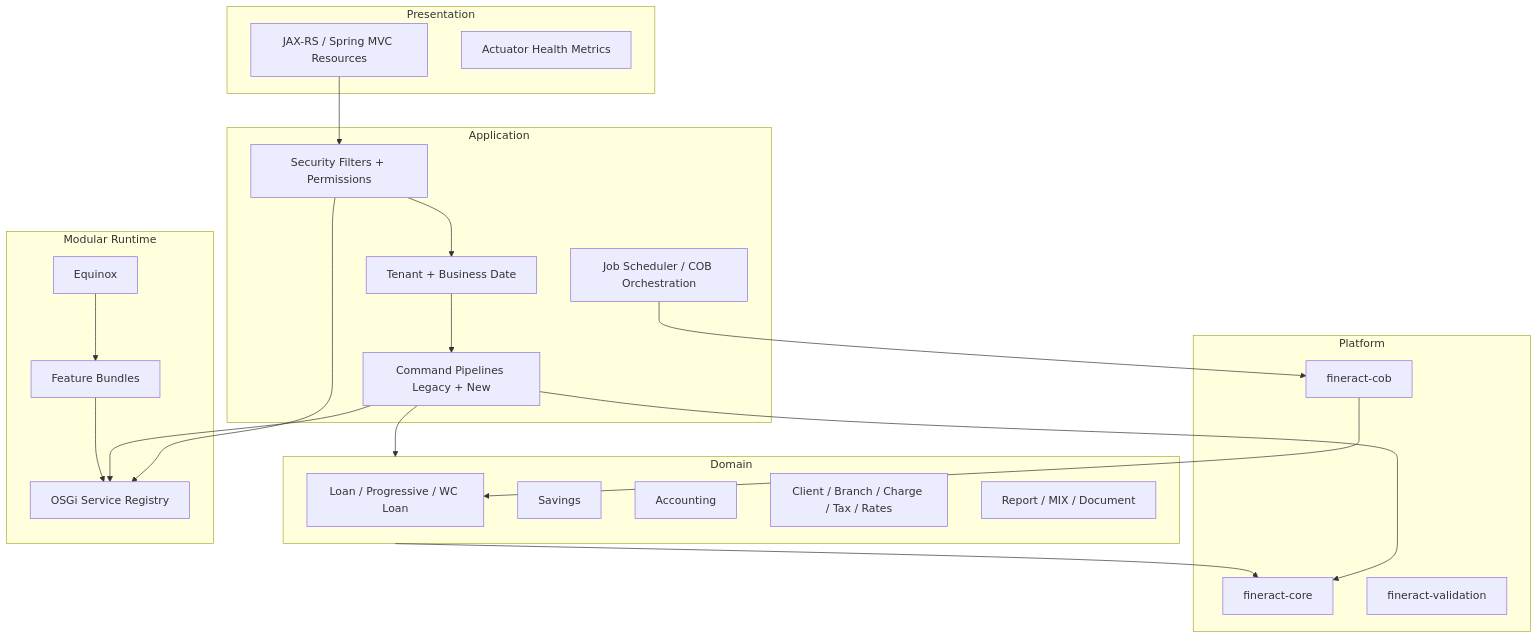
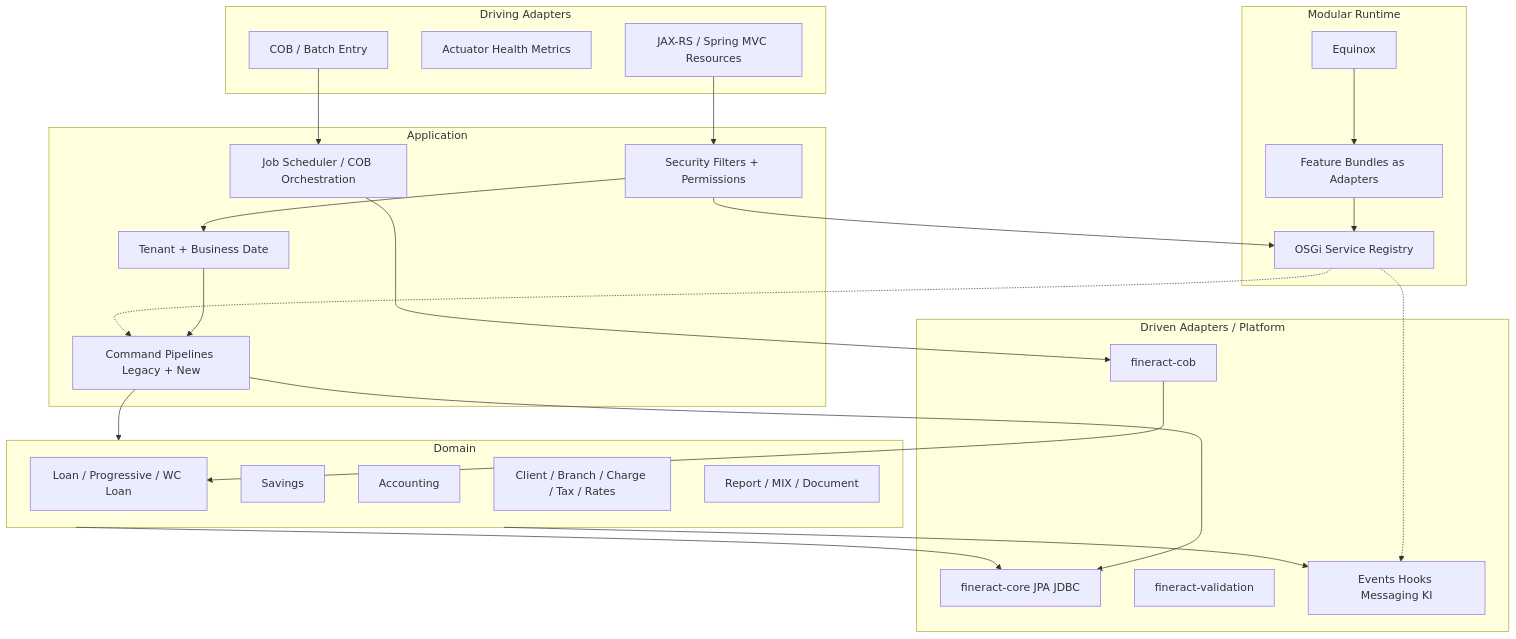
One commit to RainerMaxWallscheid/fineract-osgi changed the second of 7 diagrams in docs/arc42/03_building_block_view.md. Above: the diagram before and after it, drawn with Mermaid. The commit also changed other lines of this file and 9 other files, not shown here.

First line of the commit message:
docs(arc42): introduce hexagonal architecture (ADR-017)

````diff
--- a/docs/arc42/03_building_block_view.md
+++ b/docs/arc42/03_building_block_view.md
@@ -64,43 +66,49 @@
 ```mermaid
 flowchart TB
-    subgraph Presentation
+    subgraph Driving["Driving Adapters"]
       REST[JAX-RS / Spring MVC Resources]
       ACT[Actuator Health Metrics]
+      JOBDRV[COB / Batch Entry]
     end
 
     subgraph Application
       SEC[Security Filters + Permissions]
       TEN[Tenant + Business Date]
       CMD[Command Pipelines Legacy + New]
       JOB[Job Scheduler / COB Orchestration]
     end
 
     subgraph Domain
       LOAN[Loan / Progressive / WC Loan]
       SAV[Savings]
       ACC[Accounting]
       CLI[Client / Branch / Charge / Tax / Rates]
       REP[Report / MIX / Document]
     end
 
-    subgraph Platform
-      CORE[fineract-core]
+    subgraph Driven["Driven Adapters / Platform"]
+      CORE[fineract-core JPA JDBC]
       VAL[fineract-validation]
       COB[fineract-cob]
+      INT[Events Hooks Messaging KI]
     end
 
     subgraph Modular Runtime
       EQ[Equinox]
-      BND[Feature Bundles]
+      BND[Feature Bundles as Adapters]
       REG[OSGi Service Registry]
     end
 
-    REST --> SEC --> TEN --> CMD --> Domain
+    REST --> SEC --> TEN --> CMD
+    JOBDRV --> JOB
+    CMD --> Domain
     JOB --> COB --> LOAN
+    Domain --> CORE
+    Domain --> INT
     CMD --> CORE
-    Domain --> CORE
+    BND --> REG
+    REG -.-> INT
+    REG -.-> CMD
     SEC --> REG
-    CMD --> REG
-    BND --> REG
     EQ --> BND
 ```
````
